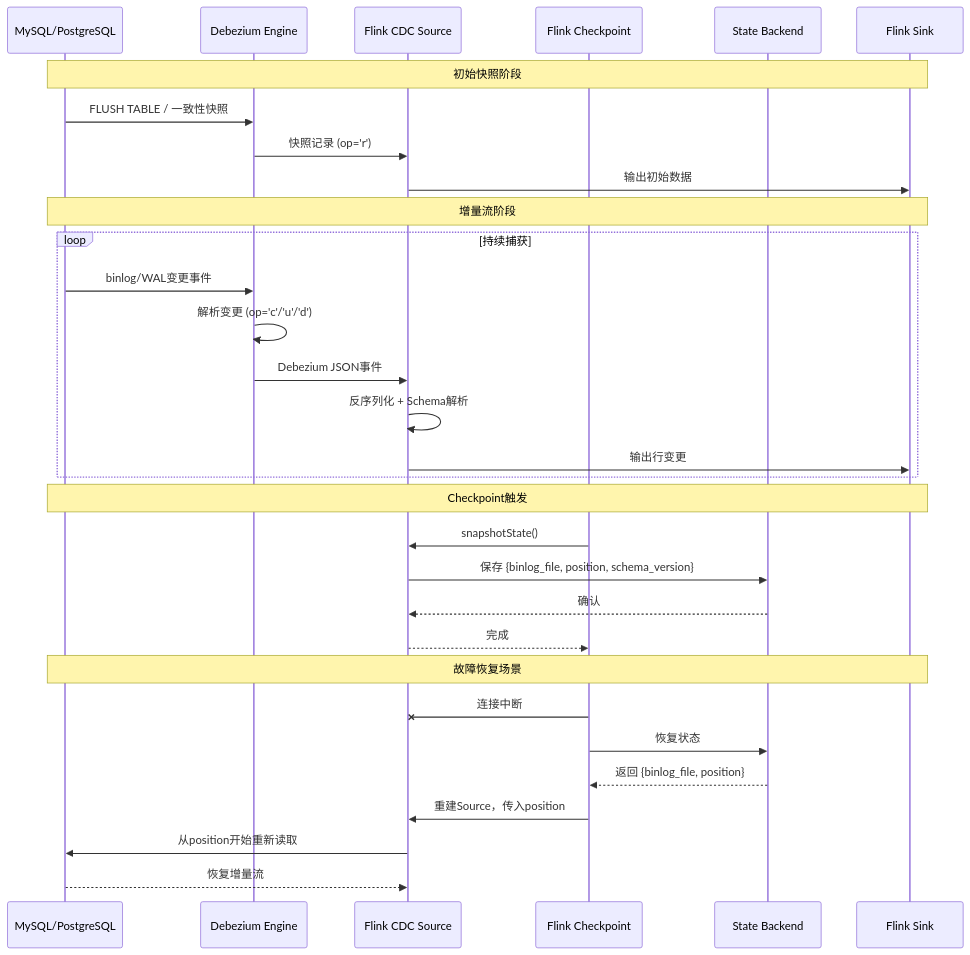
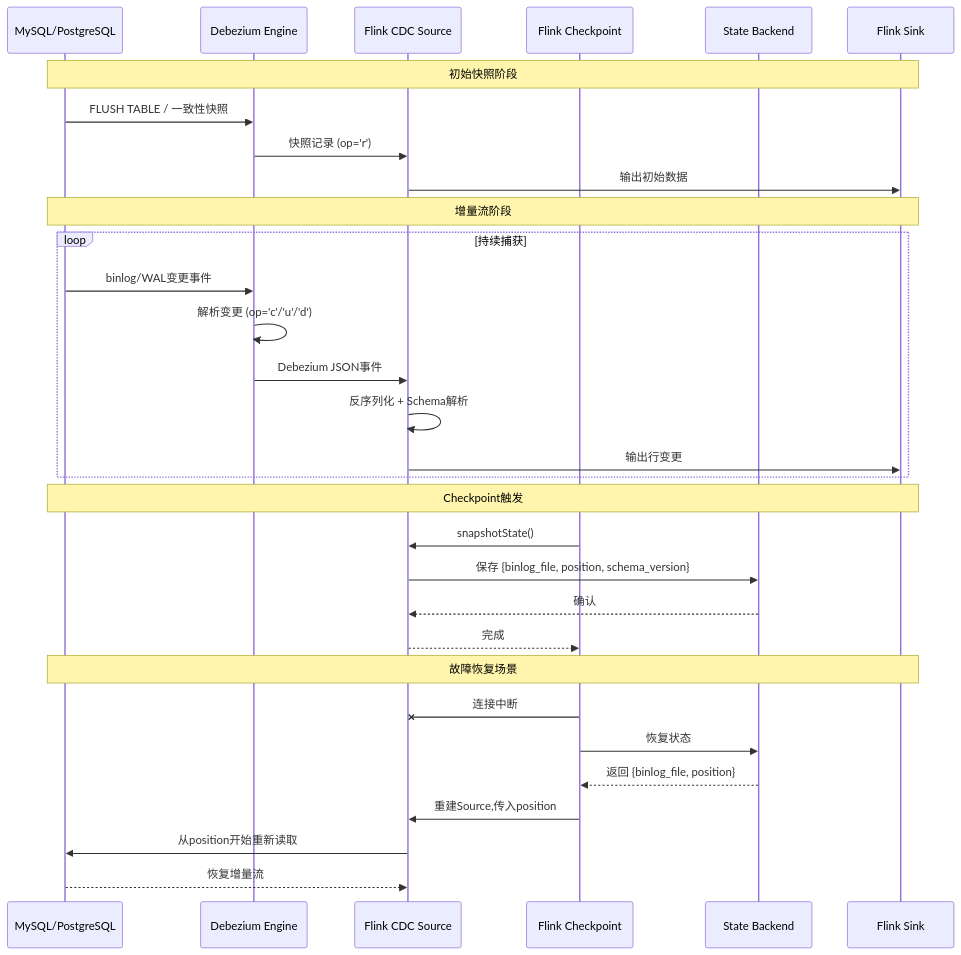
The third of 5 diagrams in Flink/05-ecosystem/05.01-connectors/04.04-cdc-debezium-integration.md (AdaMartin18010/AnalysisDataFlow), drawn with Mermaid before and after one commit. The commit also changed other lines of this file and 634 other files, not shown here.

````diff
--- a/Flink/05-ecosystem/05.01-connectors/04.04-cdc-debezium-integration.md
+++ b/Flink/05-ecosystem/05.01-connectors/04.04-cdc-debezium-integration.md
@@ -916,37 +916,37 @@
 ```mermaid
 sequenceDiagram
     participant DB as MySQL/PostgreSQL
     participant DC as Debezium Engine
     participant FB as Flink CDC Source
     participant FC as Flink Checkpoint
     participant SB as State Backend
     participant SN as Flink Sink
 
     Note over DB,SN: 初始快照阶段
     DB->>DC: FLUSH TABLE / 一致性快照
     DC->>FB: 快照记录 (op='r')
     FB->>SN: 输出初始数据
 
     Note over DB,SN: 增量流阶段
     loop 持续捕获
         DB->>DC: binlog/WAL变更事件
         DC->>DC: 解析变更 (op='c'/'u'/'d')
         DC->>FB: Debezium JSON事件
         FB->>FB: 反序列化 + Schema解析
         FB->>SN: 输出行变更
     end
 
     Note over DB,SN: Checkpoint触发
     FC->>FB: snapshotState()
     FB->>SB: 保存 {binlog_file, position, schema_version}
     SB-->>FB: 确认
     FB-->>FC: 完成
 
     Note over DB,SN: 故障恢复场景
     FC-xFB: 连接中断
     FC->>SB: 恢复状态
     SB-->>FC: 返回 {binlog_file, position}
-    FC->>FB: 重建Source，传入position
+    FC->>FB: 重建Source,传入position
     FB->>DB: 从position开始重新读取
     DB-->>FB: 恢复增量流
 ```
````
